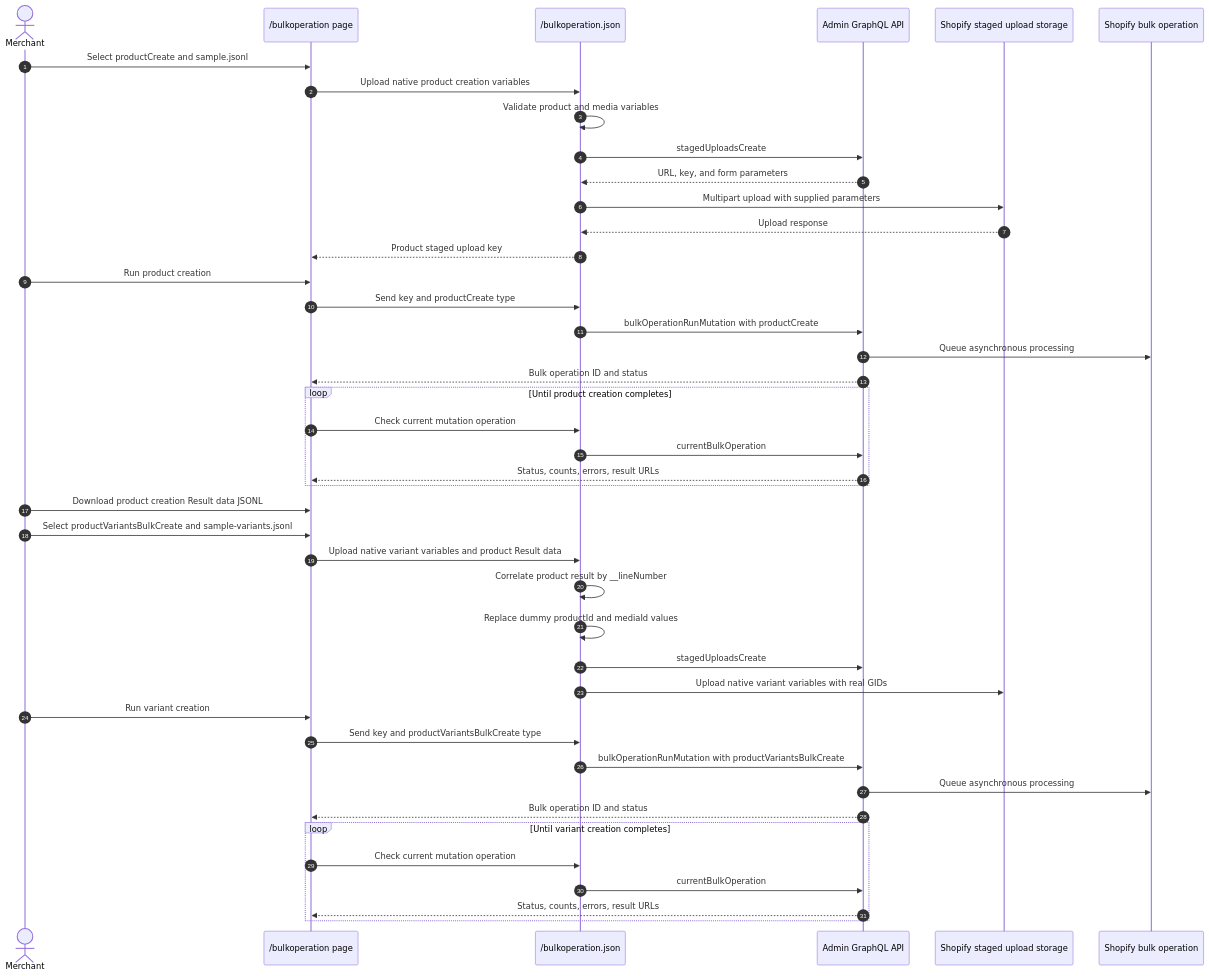
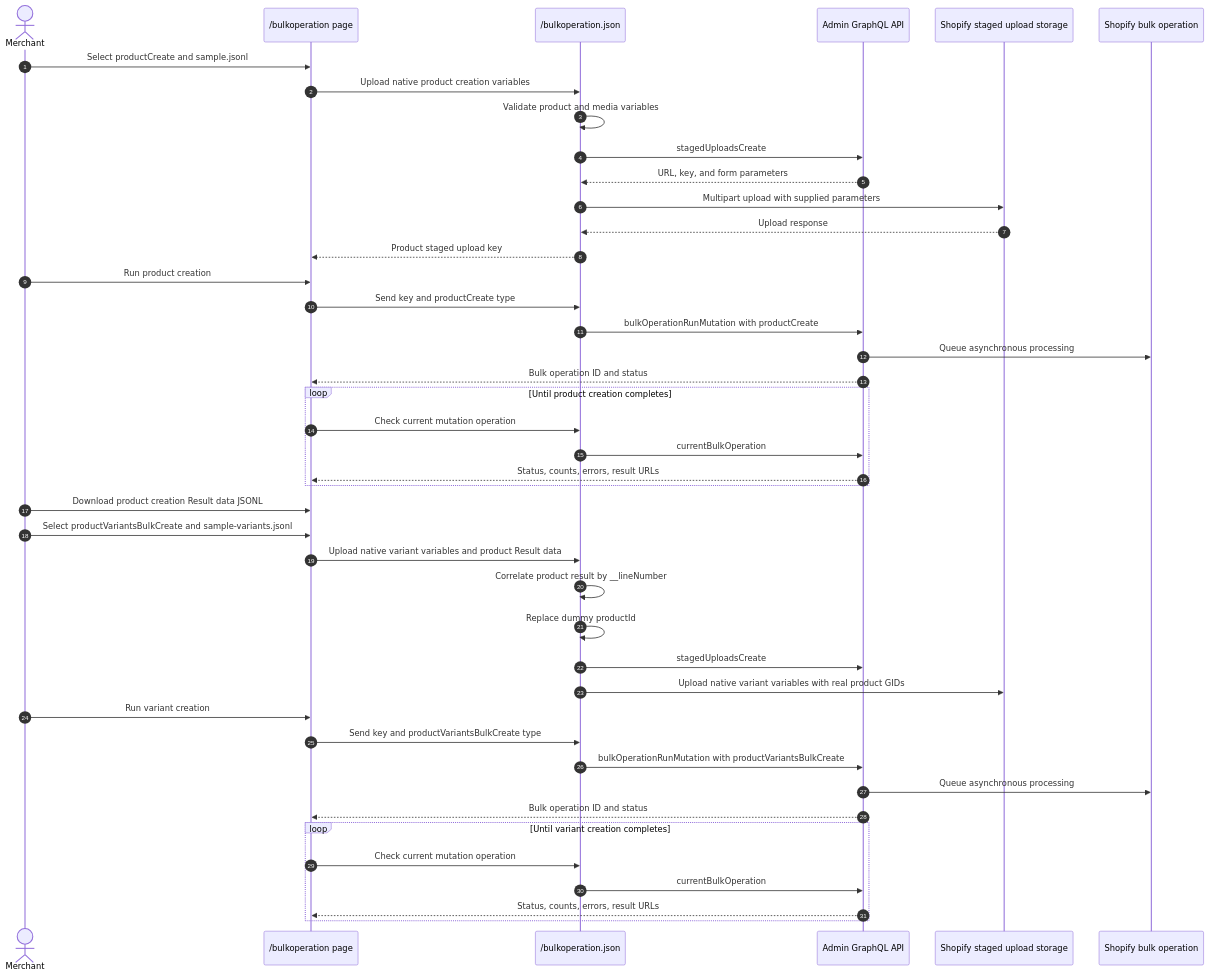
The diagram in docs/14-bulkoperation.md (benzookapi/shopify-barebone-app-sample), drawn with Mermaid before and after one commit. The commit also changed other lines of this file, not shown here.

Commit message:
Document URL-based bulk variant media mapping

````diff
--- a/docs/14-bulkoperation.md
+++ b/docs/14-bulkoperation.md
@@ -20,46 +20,46 @@
 ```mermaid
 sequenceDiagram
     autonumber
     actor Merchant
     participant UI as /bulkoperation page
     participant App as /bulkoperation.json
     participant API as Admin GraphQL API
     participant Storage as Shopify staged upload storage
     participant Worker as Shopify bulk operation
 
     Merchant->>UI: Select productCreate and sample.jsonl
     UI->>App: Upload native product creation variables
     App->>App: Validate product and media variables
     App->>API: stagedUploadsCreate
     API-->>App: URL, key, and form parameters
     App->>Storage: Multipart upload with supplied parameters
     Storage-->>App: Upload response
     App-->>UI: Product staged upload key
     Merchant->>UI: Run product creation
     UI->>App: Send key and productCreate type
     App->>API: bulkOperationRunMutation with productCreate
     API->>Worker: Queue asynchronous processing
     API-->>UI: Bulk operation ID and status
     loop Until product creation completes
         UI->>App: Check current mutation operation
         App->>API: currentBulkOperation
         API-->>UI: Status, counts, errors, result URLs
     end
     Merchant->>UI: Download product creation Result data JSONL
     Merchant->>UI: Select productVariantsBulkCreate and sample-variants.jsonl
     UI->>App: Upload native variant variables and product Result data
     App->>App: Correlate product result by __lineNumber
-    App->>App: Replace dummy productId and mediaId values
+    App->>App: Replace dummy productId
     App->>API: stagedUploadsCreate
-    App->>Storage: Upload native variant variables with real GIDs
+    App->>Storage: Upload native variant variables with real product GIDs
     Merchant->>UI: Run variant creation
     UI->>App: Send key and productVariantsBulkCreate type
     App->>API: bulkOperationRunMutation with productVariantsBulkCreate
     API->>Worker: Queue asynchronous processing
     API-->>UI: Bulk operation ID and status
     loop Until variant creation completes
         UI->>App: Check current mutation operation
         App->>API: currentBulkOperation
         API-->>UI: Status, counts, errors, result URLs
     end
 ```
````
